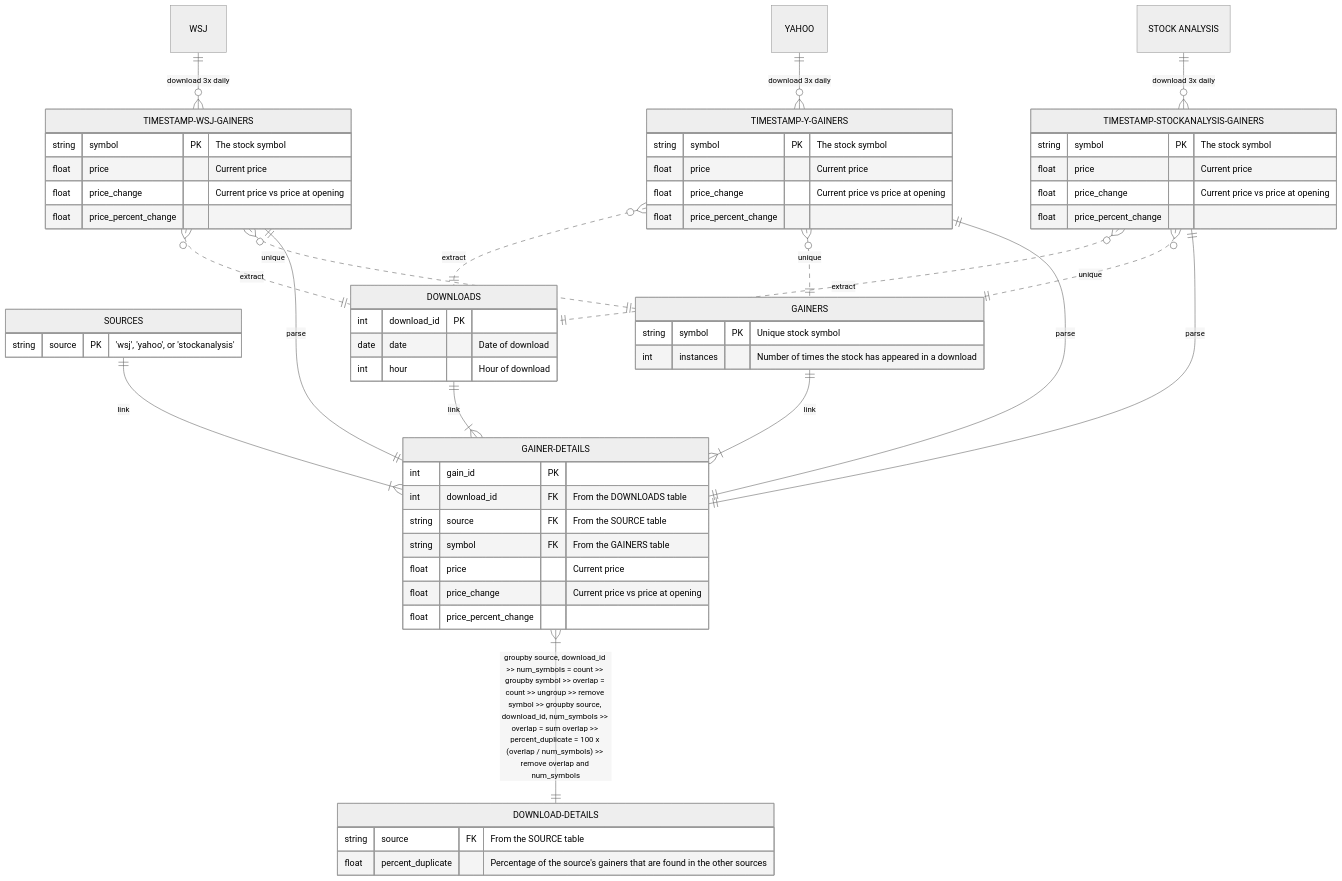
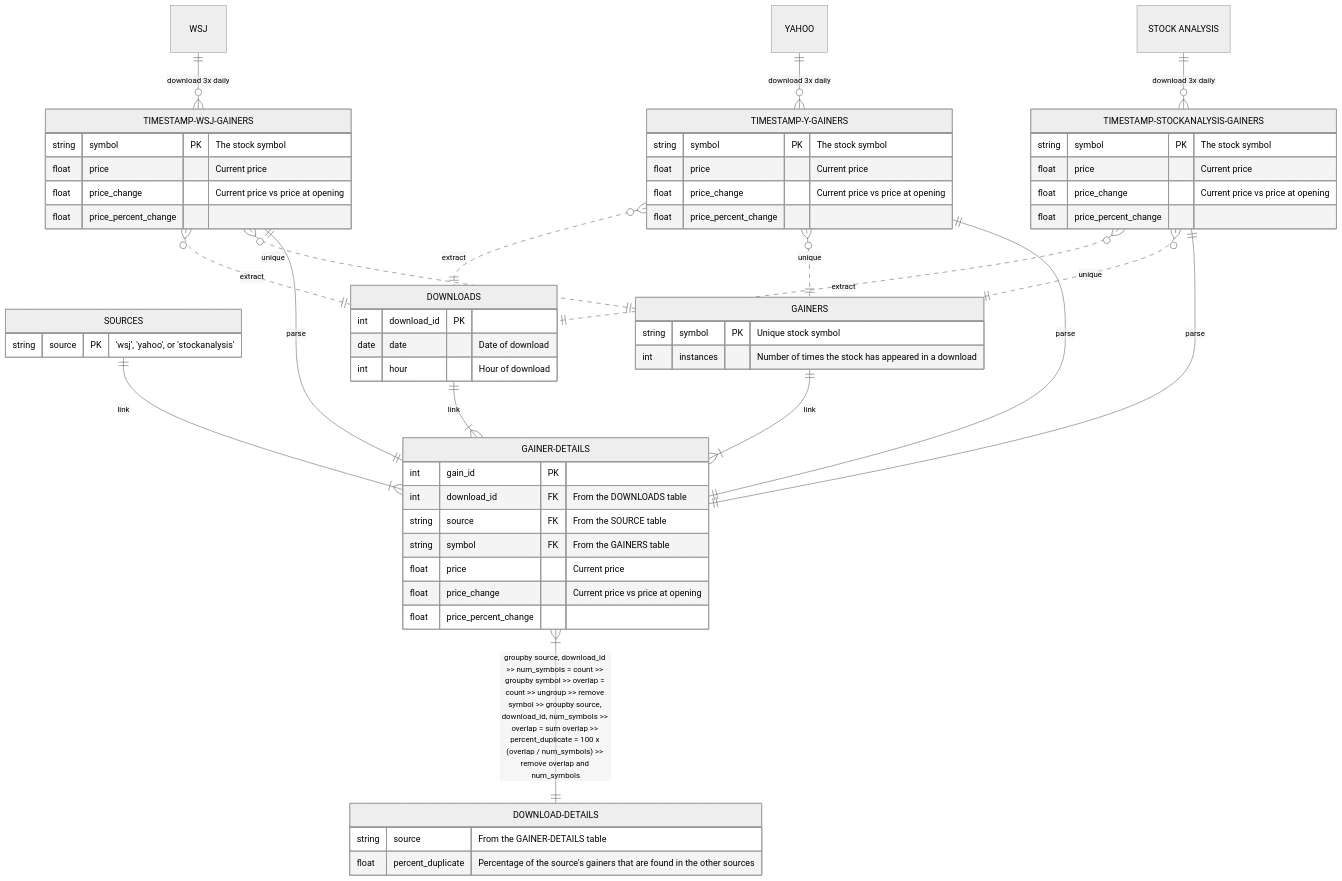
The diagram in ERD/ERD.md (KazBarker/SP25_DS5111_nrg6cb), drawn with Mermaid (neutral theme) before and after one commit.

Commit message:
correction

````diff
--- a/ERD/ERD.md
+++ b/ERD/ERD.md
@@ -2,72 +2,72 @@
 ```mermaid
 erDiagram
     WSJ only one to zero or more TIMESTAMP-WSJ-GAINERS : "download 3x daily"
     YAHOO only one to zero or more TIMESTAMP-Y-GAINERS : "download 3x daily"
     "STOCK ANALYSIS" only one to zero or more TIMESTAMP-STOCKANALYSIS-GAINERS : "download 3x daily"
     
     TIMESTAMP-WSJ-GAINERS {
         string symbol PK "The stock symbol"
         float price "Current price"
         float price_change "Current price vs price at opening"
         float price_percent_change
     }
     TIMESTAMP-Y-GAINERS {
         string symbol PK "The stock symbol"
         float price "Current price"
         float price_change "Current price vs price at opening"
         float price_percent_change
     }
     TIMESTAMP-STOCKANALYSIS-GAINERS {
         string symbol PK "The stock symbol"
         float price "Current price"
         float price_change "Current price vs price at opening"
         float price_percent_change
     }
 
     SOURCES {
         string source PK "'wsj', 'yahoo', or 'stockanalysis'"
     }
  
     TIMESTAMP-WSJ-GAINERS many optionally to only one DOWNLOADS : "extract"
     TIMESTAMP-Y-GAINERS many optionally to only one DOWNLOADS : "extract"
     TIMESTAMP-STOCKANALYSIS-GAINERS many optionally to only one DOWNLOADS : "extract"
 
     DOWNLOADS {
         int download_id PK
         date date "Date of download"
         int hour "Hour of download"
     }
 
     TIMESTAMP-WSJ-GAINERS many optionally to only one GAINERS : "unique"
     TIMESTAMP-Y-GAINERS many optionally to only one GAINERS : "unique"
     TIMESTAMP-STOCKANALYSIS-GAINERS many optionally to only one GAINERS : "unique"
 
     GAINERS {
         string symbol PK "Unique stock symbol"
         int instances "Number of times the stock has appeared in a download"
     }
     
     DOWNLOADS one to one or more GAINER-DETAILS : "link"
     SOURCES one to one or more GAINER-DETAILS : "link"
     GAINERS one to one or more GAINER-DETAILS : "link"
     TIMESTAMP-WSJ-GAINERS one to one GAINER-DETAILS : "parse"
     TIMESTAMP-Y-GAINERS one to one GAINER-DETAILS : "parse"
     TIMESTAMP-STOCKANALYSIS-GAINERS one to one GAINER-DETAILS : "parse"
 
     GAINER-DETAILS {
         int gain_id PK
         int download_id FK "From the DOWNLOADS table"
         string source FK "From the SOURCE table"
         string symbol FK "From the GAINERS table"
         float price "Current price"
         float price_change "Current price vs price at opening"
         float price_percent_change
     }
 
     GAINER-DETAILS one or more to one DOWNLOAD-DETAILS : "groupby source, download_id >> num_symbols = count >> groupby symbol >> overlap = count >> ungroup >> remove symbol >> groupby source, download_id, num_symbols >> overlap = sum overlap >> percent_duplicate = 100 x (overlap / num_symbols) >> remove overlap and num_symbols"
 
     DOWNLOAD-DETAILS {
-        string source FK "From the SOURCE table"
+        string source "From the GAINER-DETAILS table"
         float percent_duplicate "Percentage of the source's gainers that are found in the other sources"
     }
 ```
````
